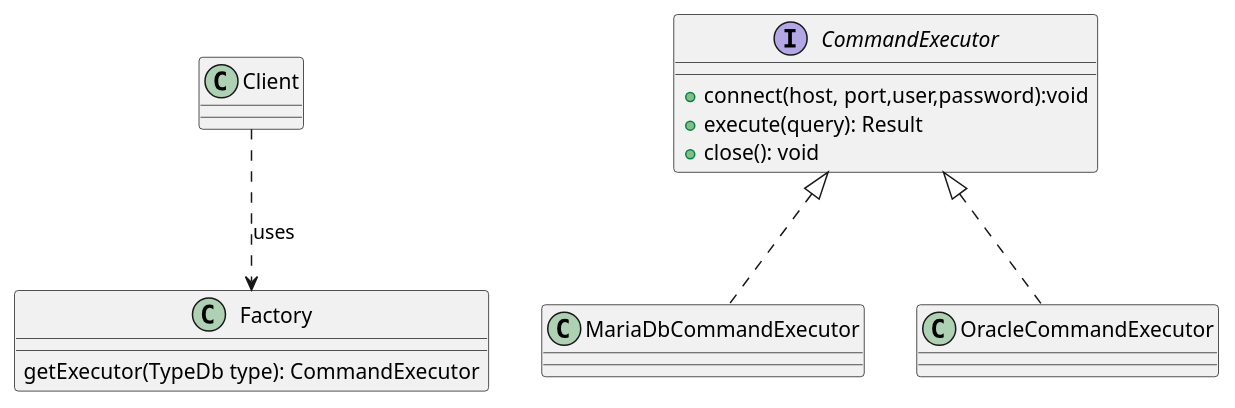
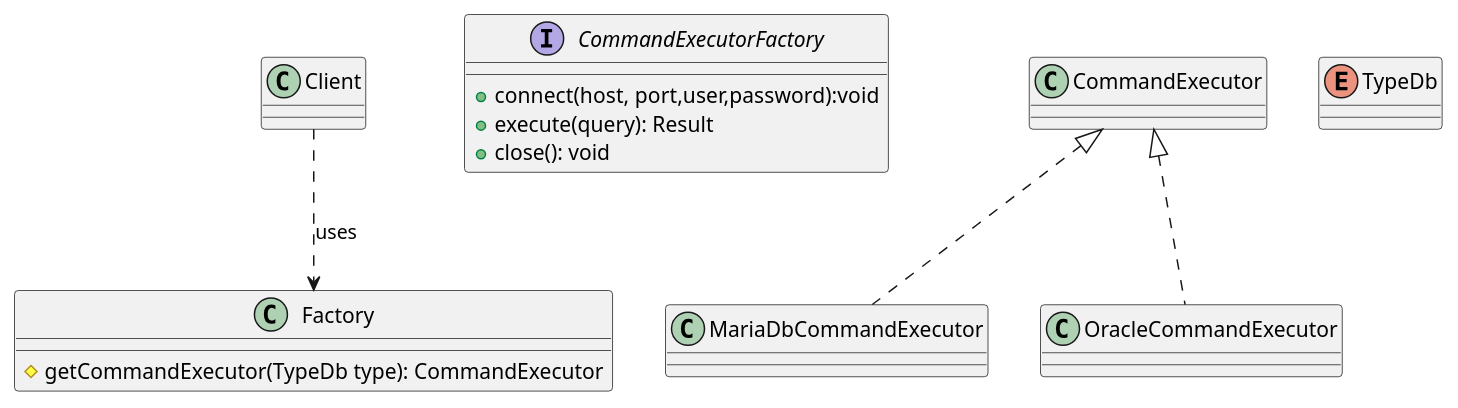
One commit to jandry/design-pattern changed the diagram in src/uml/factory.puml. Above: the diagram before and after it, drawn with PlantUML. The commit also changed 6 other files, not shown here.

```diff
--- a/src/uml/factory.puml
+++ b/src/uml/factory.puml
@@ -1,19 +1,20 @@
 @startuml Factory
 class Client
-interface CommandExecutor {
+interface CommandExecutorFactory {
      + connect(host, port,user,password):void  
      + execute(query): Result  
      + close(): void
 }
 class MariaDbCommandExecutor
 class OracleCommandExecutor
 class Factory {
-     getExecutor(TypeDb type): CommandExecutor
+     # getCommandExecutor(TypeDb type): CommandExecutor
 }
+enum TypeDb
 
 CommandExecutor <|.. MariaDbCommandExecutor
 CommandExecutor <|..OracleCommandExecutor
 
 Client ..> Factory : uses
 
 @enduml
```
